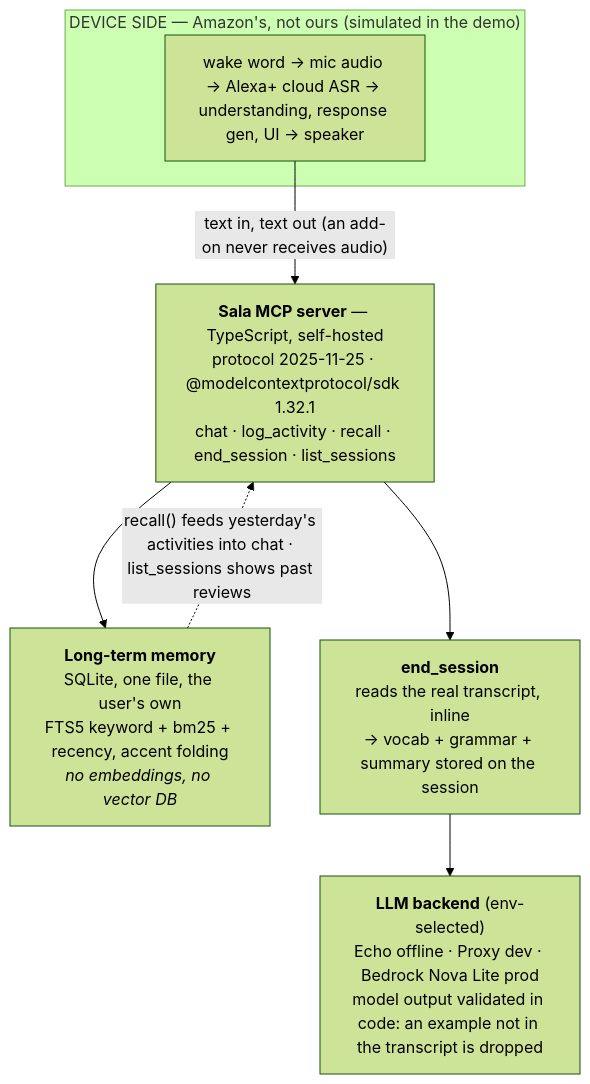
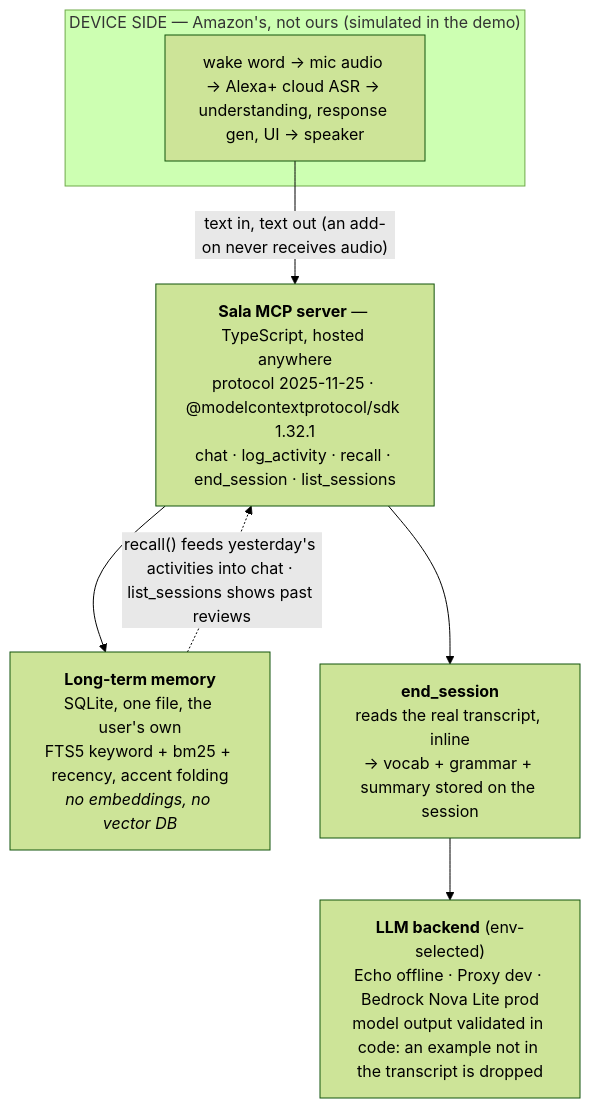
Before and after one commit to DylPorter/alexa-lang-companion: the diagram in docs/architecture.mmd, drawn with Mermaid (forest theme). The commit also changed 6 other files, not shown here.

````diff
--- a/docs/architecture.mmd
+++ b/docs/architecture.mmd
@@ -1,17 +1,17 @@
 %% Sala — source of truth for docs/assets/architecture.svg (the video frame).
 %% Edit the intent here; re-render the SVG by hand so the video frame stays legible at scale.
 %% Render in GitHub/README: this fence is a ```mermaid block when pasted into markdown.
 flowchart TB
   subgraph DEV["DEVICE SIDE — Amazon's, not ours (simulated in the demo)"]
     A["wake word → mic audio → Alexa+ cloud ASR → understanding, response gen, UI → speaker"]
   end
 
   A -- "text in, text out (an add-on never receives audio)" --> S
 
-  S["<b>Sala MCP server</b> — TypeScript, self-hosted<br/>protocol 2025-11-25 · @modelcontextprotocol/sdk 1.32.1<br/>chat · log_activity · recall · end_session · list_sessions"]
+  S["<b>Sala MCP server</b> — TypeScript, hosted anywhere<br/>protocol 2025-11-25 · @modelcontextprotocol/sdk 1.32.1<br/>chat · log_activity · recall · end_session · list_sessions"]
 
   S --> M["<b>Long-term memory</b><br/>SQLite, one file, the user's own<br/>FTS5 keyword + bm25 + recency, accent folding<br/><i>no embeddings, no vector DB</i>"]
   S --> E["<b>end_session</b><br/>reads the real transcript, inline<br/>→ vocab + grammar + summary stored on the session"]
   E --> L["<b>LLM backend</b> (env-selected)<br/>Echo offline · Proxy dev · Bedrock Nova Lite prod<br/>model output validated in code: an example not in the transcript is dropped"]
 
   M -. "recall() feeds yesterday's activities into chat · list_sessions shows past reviews" .-> S
````
